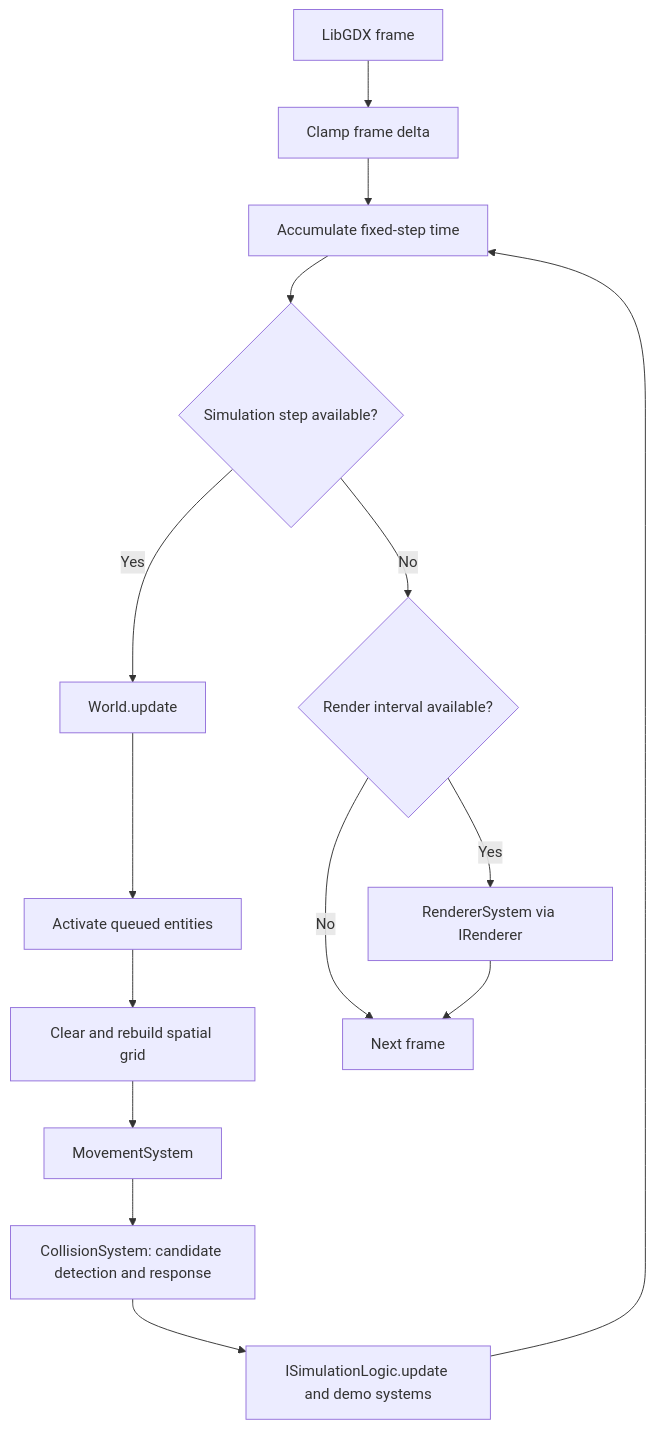
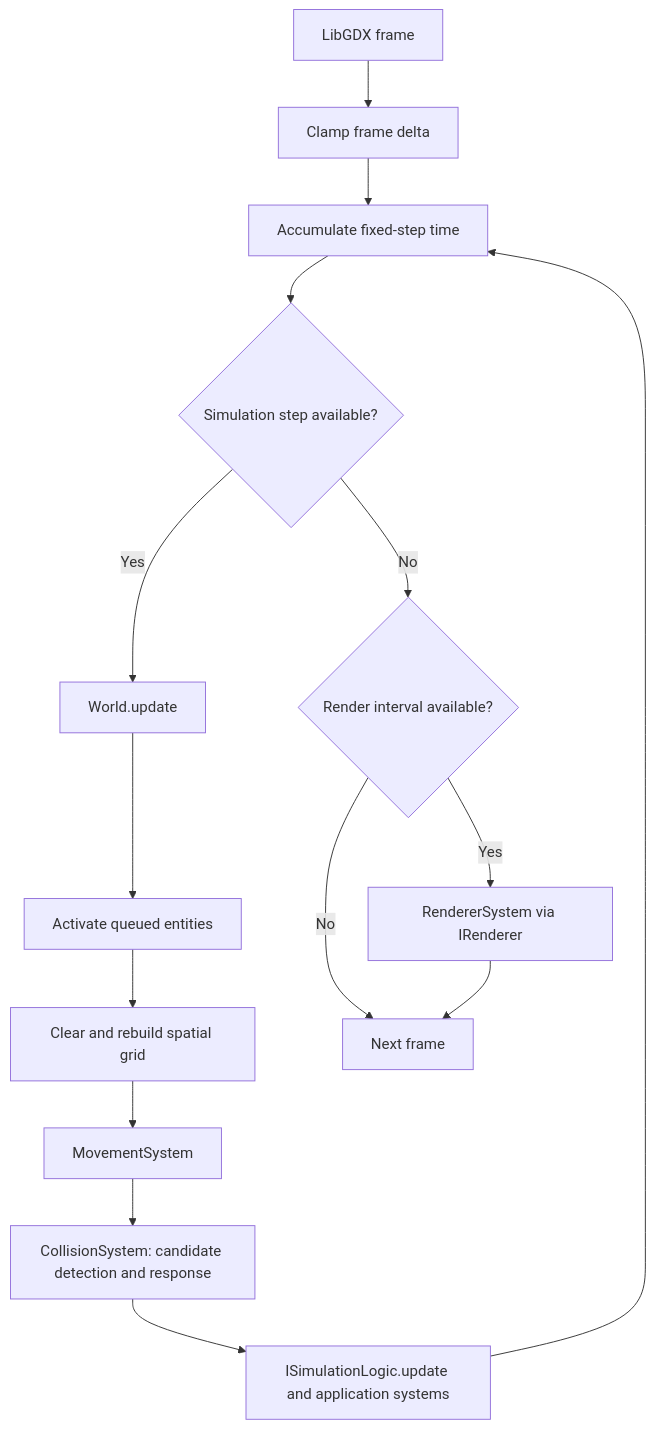
Before and after one commit to bxkos20/PhysicsEngine: the second of 2 diagrams in docs/arquitecture/ARCHITECTURE.md, drawn with Mermaid. The commit also changed other lines of this file and 5 other files, not shown here.

````diff
--- a/docs/arquitecture/ARCHITECTURE.md
+++ b/docs/arquitecture/ARCHITECTURE.md
@@ -54,17 +55,17 @@
 ```mermaid
 flowchart TD
     Frame[LibGDX frame] --> Clamp[Clamp frame delta]
     Clamp --> Accumulate[Accumulate fixed-step time]
     Accumulate --> More{Simulation step available?}
     More -- Yes --> WorldUpdate[World.update]
     WorldUpdate --> Pending[Activate queued entities]
     Pending --> Rebuild[Clear and rebuild spatial grid]
     Rebuild --> Movement[MovementSystem]
     Movement --> Collision[CollisionSystem: candidate detection and response]
-    Collision --> DemoUpdate[ISimulationLogic.update and demo systems]
+    Collision --> DemoUpdate[ISimulationLogic.update and application systems]
     DemoUpdate --> Accumulate
     More -- No --> RenderDue{Render interval available?}
     RenderDue -- Yes --> RenderSystem[RendererSystem via IRenderer]
     RenderDue -- No --> NextFrame[Next frame]
     RenderSystem --> NextFrame
 ```
````
